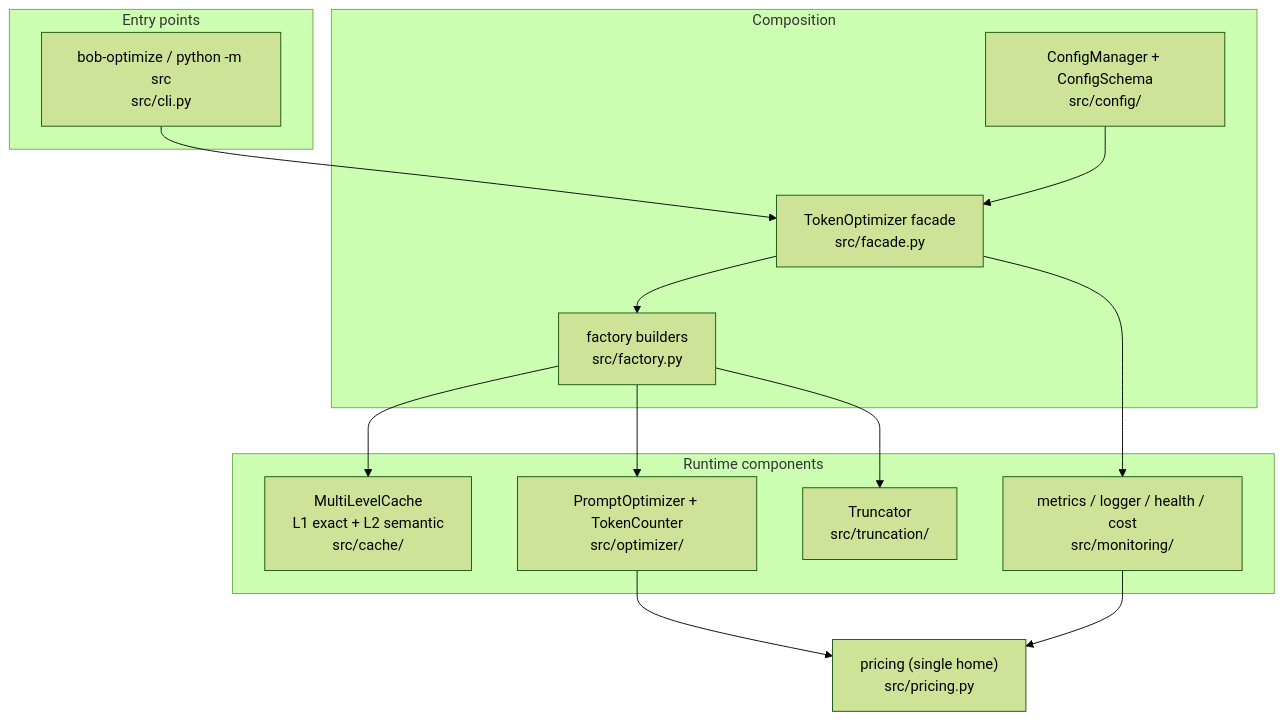
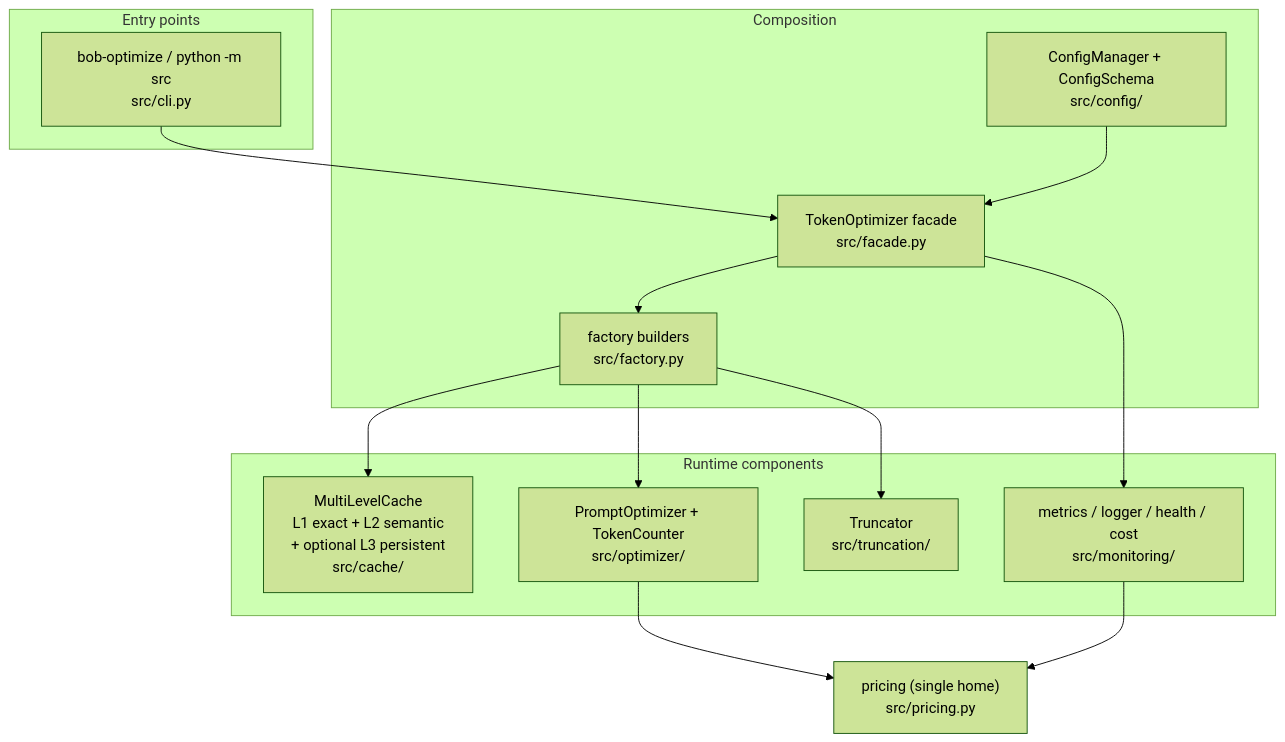
The first of 7 diagrams in docs/architecture/ARCHITECTURE.md (davidleconte/bob-llmwiki-knowledge-manager), drawn with Mermaid (forest theme) before and after one commit. The commit also changed other lines of this file and 563 other files, not shown here.

````diff
--- a/docs/architecture/ARCHITECTURE.md
+++ b/docs/architecture/ARCHITECTURE.md
@@ -40,26 +43,26 @@
 ```mermaid
 flowchart TD
     subgraph entry [Entry points]
         CLI["bob-optimize / python -m src<br/>src/cli.py"]
     end
     subgraph compose [Composition]
         FAC["TokenOptimizer facade<br/>src/facade.py"]
         FACT["factory builders<br/>src/factory.py"]
         CFG["ConfigManager + ConfigSchema<br/>src/config/"]
     end
     subgraph runtime [Runtime components]
-        CACHE["MultiLevelCache<br/>L1 exact + L2 semantic<br/>src/cache/"]
+        CACHE["MultiLevelCache<br/>L1 exact + L2 semantic<br/>+ optional L3 persistent<br/>src/cache/"]
         OPT["PromptOptimizer + TokenCounter<br/>src/optimizer/"]
         TRUNC["Truncator<br/>src/truncation/"]
         MON["metrics / logger / health / cost<br/>src/monitoring/"]
     end
     PRICE["pricing (single home)<br/>src/pricing.py"]
 
     CLI --> FAC
     CFG --> FAC
     FAC --> FACT
     FACT --> CACHE & OPT & TRUNC
     FAC --> MON
     OPT --> PRICE
     MON --> PRICE
 ```
````
